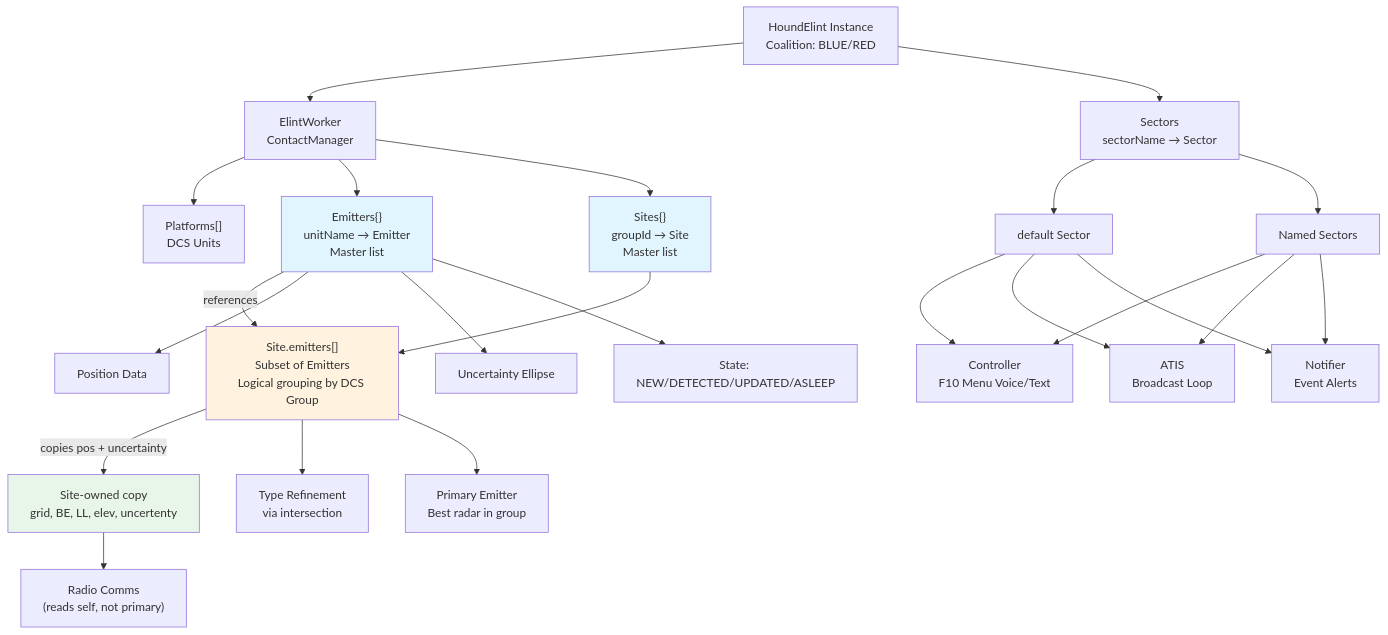
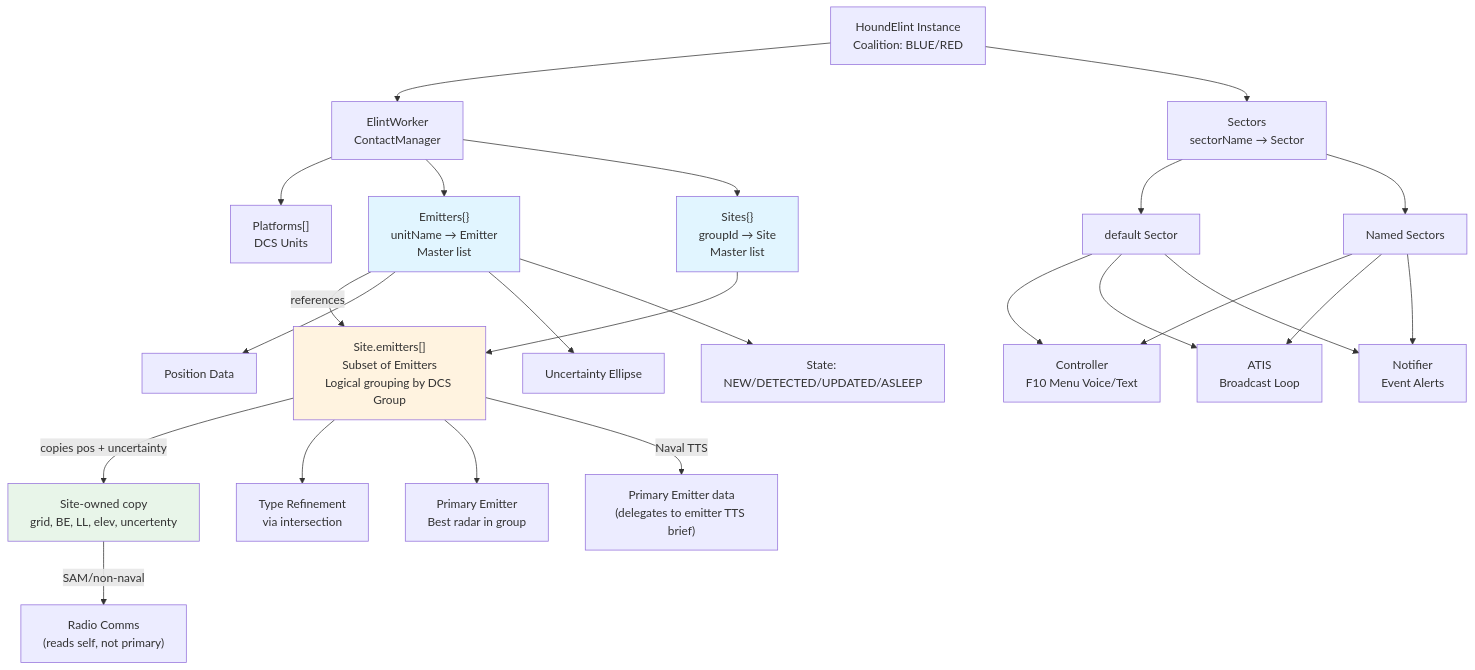
One commit to uriba107/DCS-Hound changed the first of 3 diagrams in docs/architecture.md. Above: the diagram before and after it, drawn with Mermaid. The commit also changed other lines of this file and 13 other files, not shown here.

````diff
--- a/docs/architecture.md
+++ b/docs/architecture.md
@@ -21,38 +21,39 @@
 ```mermaid
 graph TD
     A["HoundElint Instance<br/>Coalition: BLUE/RED"] --> B["ElintWorker<br/>ContactManager"]
     A --> C["Sectors<br/>sectorName → Sector"]
 
     B --> D["Platforms[]<br/>DCS Units"]
     B --> E["Emitters{}<br/>unitName → Emitter<br/>Master list"]
     B --> F["Sites{}<br/>groupId → Site<br/>Master list"]
 
     E -->|references| G["Site.emitters[]<br/>Subset of Emitters<br/>Logical grouping by DCS Group"]
     F --> G
 
     C --> H["default Sector"]
     C --> I["Named Sectors"]
 
     H --> J["Controller<br/>F10 Menu Voice/Text"]
     H --> K["ATIS<br/>Broadcast Loop"]
     H --> L["Notifier<br/>Event Alerts"]
 
     I --> J
     I --> K
     I --> L
 
     E --> M["Position Data"]
     E --> N["Uncertainty Ellipse"]
     E --> O["State: NEW/DETECTED/UPDATED/ASLEEP"]
 
     G -->|copies pos + uncertainty| P["Site-owned copy<br/>grid, BE, LL, elev, uncertenty"]
     G --> Q["Type Refinement<br/>via intersection"]
     G --> R["Primary Emitter<br/>Best radar in group"]
 
-    P --> S["Radio Comms<br/>(reads self, not primary)"]
+    P -->|SAM/non-naval| S["Radio Comms<br/>(reads self, not primary)"]
+    G -->|Naval TTS| T["Primary Emitter data<br/>(delegates to emitter TTS brief)"]
 
     style E fill:#e1f5ff
     style F fill:#e1f5ff
     style G fill:#fff3e0
     style P fill:#e8f5e9
 ```
````
